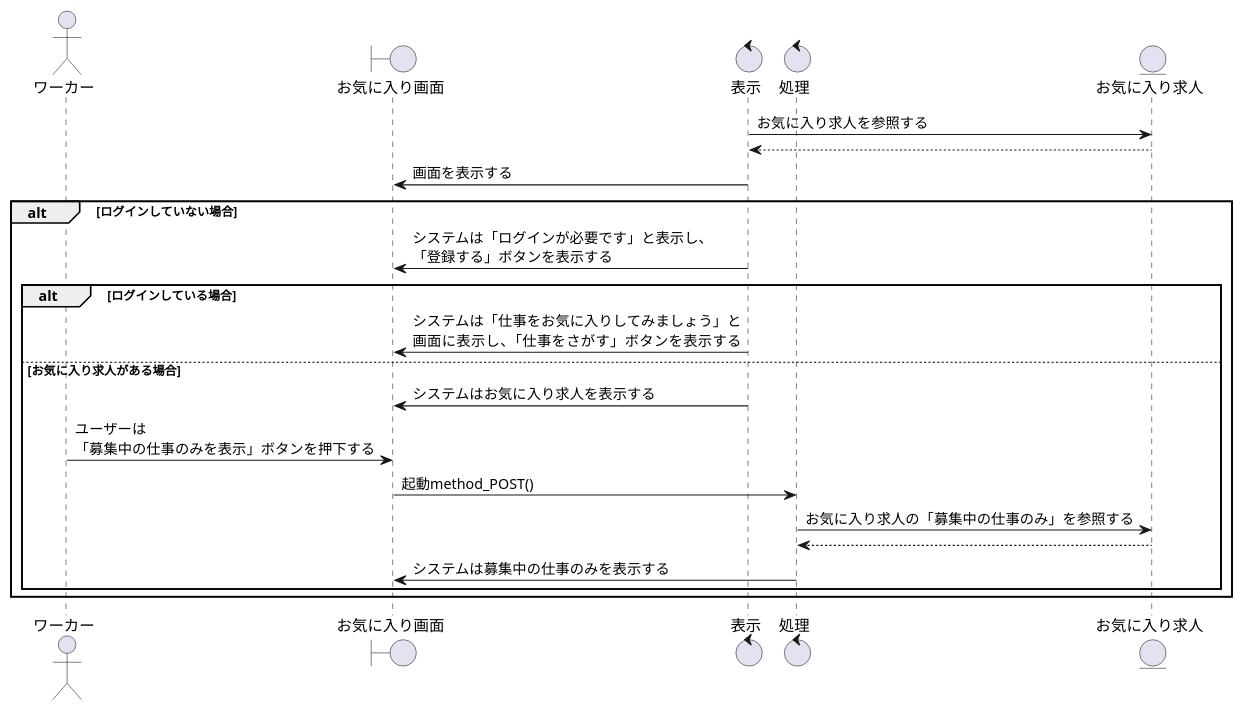
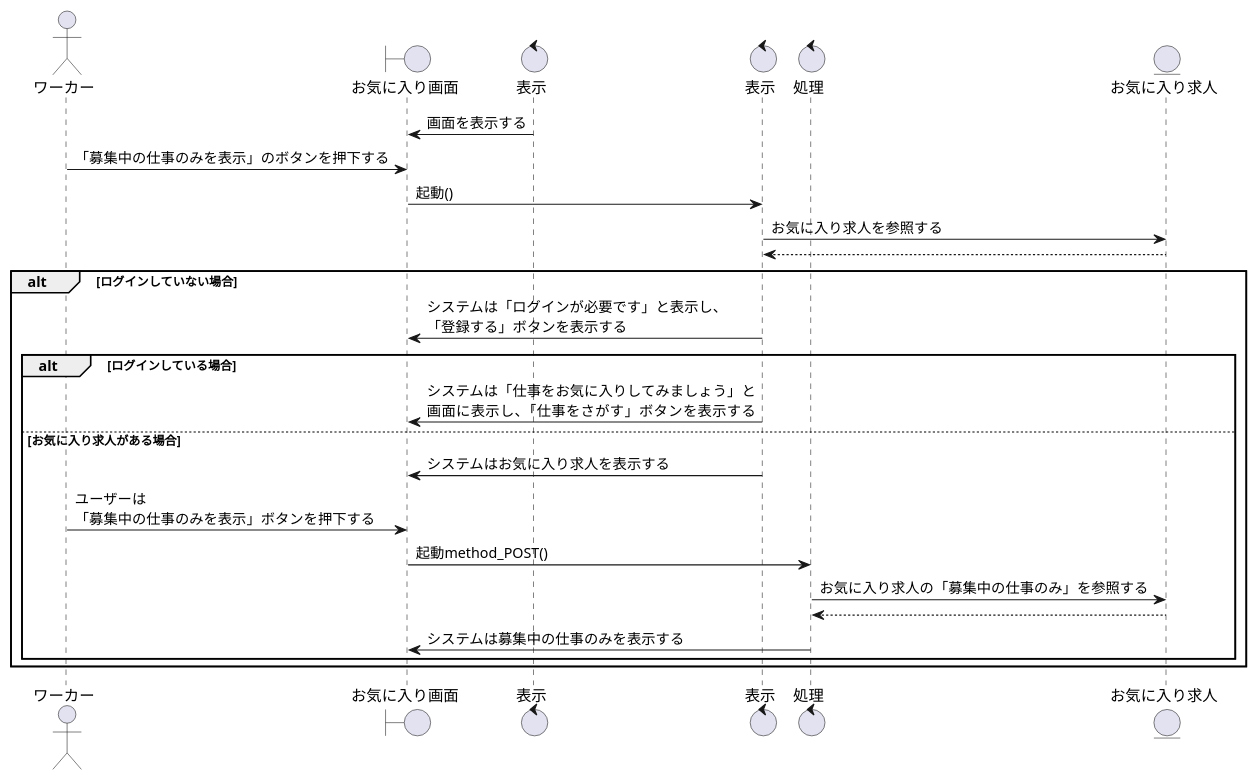
The diagram in sequence_fig/3_favorite_fn/2_お気に入り求人の絞り込みをする.pu (irukacb256/high_Me), drawn with PlantUML before and after one commit. The commit also changed 2 other files, not shown here.

```diff
--- a/sequence_fig/3_favorite_fn/2_お気に入り求人の絞り込みをする.pu
+++ b/sequence_fig/3_favorite_fn/2_お気に入り求人の絞り込みをする.pu
@@ -1,35 +1,39 @@
 @startuml お気に入り求人の絞り込みをする
 
 ' 1
 actor ワーカー as wo1
 boundary お気に入り画面 as fv1
 control 表示 as co1
+control 表示 as co2
 
-control 処理 as co2
+control 処理 as co3
 
 entity お気に入り求人 as fa1
 
 ' 2
-co1 -> fa1 : お気に入り求人を参照する
-co1 <-- fa1
-co1 -> fv1 : 画面を表示する
+fv1 <- co1 :画面を表示する
+wo1 -> fv1 :「募集中の仕事のみを表示」のボタンを押下する
+fv1 -> co2 :起動()
+co2 -> fa1 : お気に入り求人を参照する
+co2 <-- fa1
+
 
 alt ログインしていない場合
-    co1 -> fv1 : システムは「ログインが必要です」と表示し、\n「登録する」ボタンを表示する　    
+    co2 -> fv1 : システムは「ログインが必要です」と表示し、\n「登録する」ボタンを表示する　    
 
     alt ログインしている場合
-        co1 -> fv1 : システムは「仕事をお気に入りしてみましょう」と\n画面に表示し、「仕事をさがす」ボタンを表示する
+        co2 -> fv1 : システムは「仕事をお気に入りしてみましょう」と\n画面に表示し、「仕事をさがす」ボタンを表示する
 
     else お気に入り求人がある場合
-        co1 -> fv1 : システムはお気に入り求人を表示する
+        co2 -> fv1 : システムはお気に入り求人を表示する
         wo1 -> fv1 : ユーザーは\n「募集中の仕事のみを表示」ボタンを押下する
-        fv1 -> co2 : 起動method_POST()
-        co2 -> fa1 : お気に入り求人の「募集中の仕事のみ」を参照する
-        co2 <-- fa1
-        co2 -> fv1 : システムは募集中の仕事のみを表示する
+        fv1 -> co3 : 起動method_POST()
+        co3 -> fa1 : お気に入り求人の「募集中の仕事のみ」を参照する
+        co3 <-- fa1
+        co3 -> fv1 : システムは募集中の仕事のみを表示する
 
     end
 
 end
 
 @enduml
```
